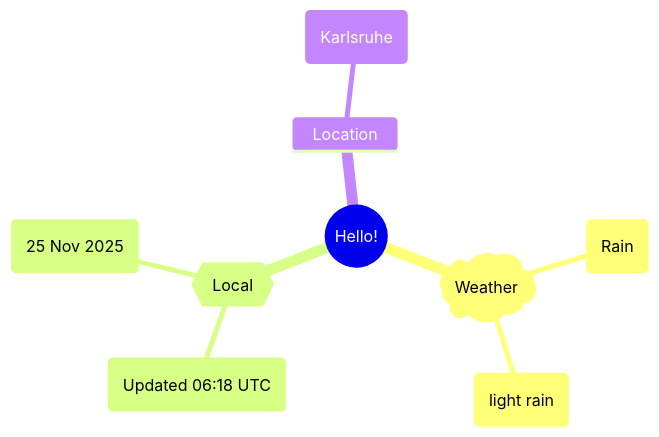
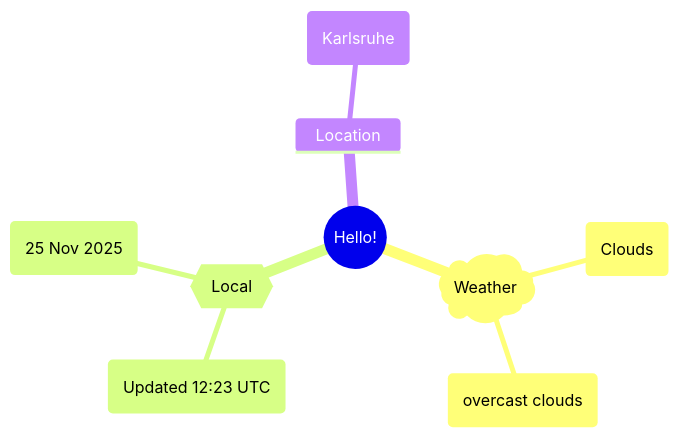
The first of 2 diagrams in README.md (Xosrov/Xosrov), drawn with Mermaid before and after one commit.

Commit message:
[bot] updated images

````diff
--- a/README.md
+++ b/README.md
@@ -3,12 +3,12 @@
 ```mermaid
 mindmap
   root((Hello!))
     )Weather(
-        (Rain)
-        (light rain)
+        (Clouds)
+        (overcast clouds)
     {{Local}}
-        (Updated 06:18 UTC)
+        (Updated 12:23 UTC)
         (25 Nov 2025)
     Location
         (Karlsruhe)
 ```
````
